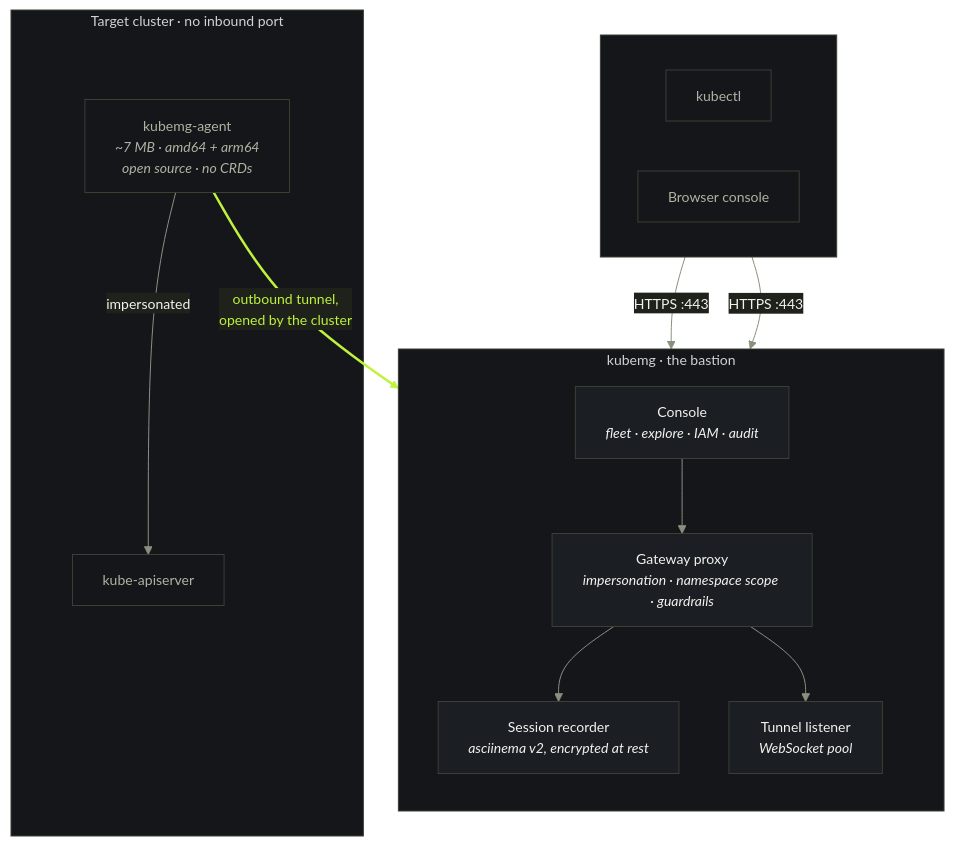
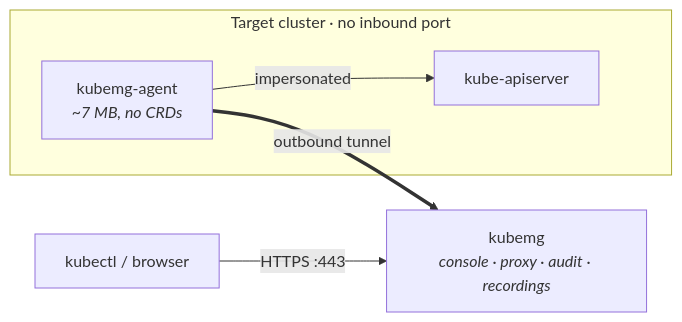
Before and after one commit to kubemg/kubemg: the diagram in README.md, drawn with Mermaid. The commit also changed other lines of this file and 55 other files, not shown here.

````diff
--- a/README.md
+++ b/README.md
@@ -49,45 +27,10 @@
 ```mermaid
-%%{init: {'theme':'base','themeVariables':{
-  'fontFamily':'-apple-system, BlinkMacSystemFont, Segoe UI, Helvetica, Arial, sans-serif','fontSize':'14px',
-  'primaryColor':'#1B1E22','primaryTextColor':'#F2F3EF','primaryBorderColor':'#3A4033',
-  'lineColor':'#8A9080','textColor':'#F2F3EF',
-  'clusterBkg':'#14161A','clusterBorder':'#3A4033'
-}}}%%
-flowchart TB
-    subgraph users[" "]
-        direction LR
-        U1["kubectl"]
-        U2["Browser console"]
+flowchart LR
+    U["kubectl / browser"] -- "HTTPS :443" --> B["kubemg<br/><i>console · proxy · audit · recordings</i>"]
+    A["kubemg-agent<br/><i>~7 MB, no CRDs</i>"] == "outbound tunnel" ==> B
+    A -- "impersonated" --> K["kube-apiserver"]
+    subgraph cluster["Target cluster · no inbound port"]
+        A
+        K
     end
-
-    subgraph bastion["kubemg · the bastion"]
-        direction TB
-        C["Console<br/><i>fleet · explore · IAM · audit</i>"]
-        P["Gateway proxy<br/><i>impersonation · namespace scope · guardrails</i>"]
-        R["Session recorder<br/><i>asciinema v2, encrypted at rest</i>"]
-        T["Tunnel listener<br/><i>WebSocket pool</i>"]
-    end
-
-    subgraph cluster["Target cluster · no inbound port"]
-        A["kubemg-agent<br/><i>~7 MB · amd64 + arm64<br/>open source · no CRDs</i>"]
-        K["kube-apiserver"]
-    end
-
-    U1 -- "HTTPS :443" --> P
-    U2 -- "HTTPS :443" --> C
-    C --> P
-    P --> R
-    P --> T
-    A == "outbound tunnel,<br/>opened by the cluster" ==> T
-    A -- "impersonated" --> K
-
-    classDef core fill:#1B1E22,stroke:#3A4033,color:#F2F3EF
-    classDef quiet fill:#14161A,stroke:#3A4033,color:#ADB4A2
-    class C,P,R,T core
-    class A,K,U1,U2 quiet
-
-    %% Lime marks exactly one thing in this diagram: the arrow that points the
-    %% other way. It is the reason the product exists, so it is the only edge
-    %% carrying the accent.
-    linkStyle 5 stroke:#BFF23C,stroke-width:2.5px,color:#BFF23C
 ```
````
